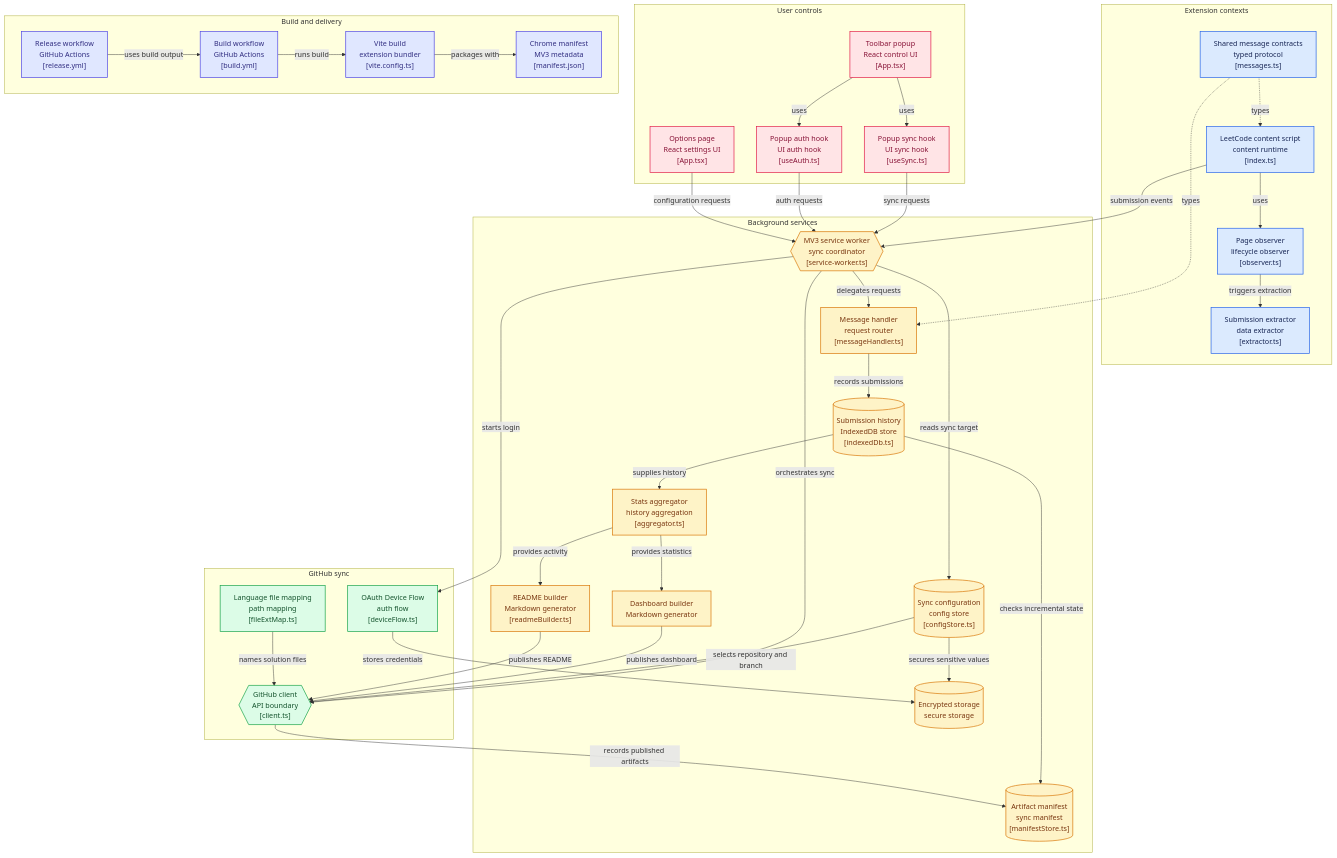
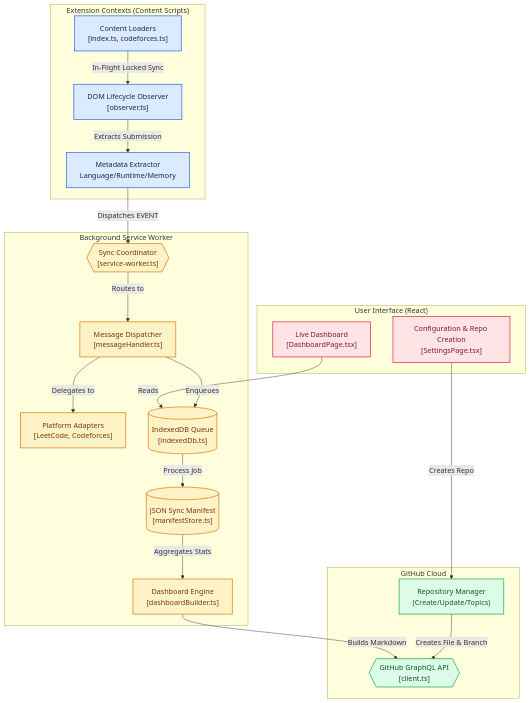
Before and after one commit to mr-sanjai-offl/AlgoVault: the diagram in README.md, drawn with Mermaid. The commit also changed other lines of this file and 4 other files, not shown here.

````diff
--- a/README.md
+++ b/README.md
@@ -40,85 +41,58 @@
 ```mermaid
 flowchart TD
 
-subgraph group_extension["Extension contexts"]
-  node_content["LeetCode content script<br/>content runtime<br/>[index.ts]"]
-  node_observer["Page observer<br/>lifecycle observer<br/>[observer.ts]"]
-  node_extractor["Submission extractor<br/>data extractor<br/>[extractor.ts]"]
-  node_message_contracts["Shared message contracts<br/>typed protocol<br/>[messages.ts]"]
+subgraph group_extension["Extension Contexts (Content Scripts)"]
+  node_content["Content Loaders<br/>[index.ts, codeforces.ts]"]
+  node_observer["DOM Lifecycle Observer<br/>[observer.ts]"]
+  node_extractor["Metadata Extractor<br/>Language/Runtime/Memory"]
 end
 
-subgraph group_background["Background services"]
-  node_service_worker{{"MV3 service worker<br/>sync coordinator<br/>[service-worker.ts]"}}
-  node_message_handler["Message handler<br/>request router<br/>[messageHandler.ts]"]
-  node_config_store[("Sync configuration<br/>config store<br/>[configStore.ts]")]
-  node_encrypted_storage[("Encrypted storage<br/>secure storage")]
-  node_history_db[("Submission history<br/>IndexedDB store<br/>[indexedDb.ts]")]
-  node_manifest_store[("Artifact manifest<br/>sync manifest<br/>[manifestStore.ts]")]
-  node_stats_aggregator["Stats aggregator<br/>history aggregation<br/>[aggregator.ts]"]
-  node_dashboard_builder["Dashboard builder<br/>Markdown generator"]
-  node_readme_builder["README builder<br/>Markdown generator<br/>[readmeBuilder.ts]"]
+subgraph group_background["Background Service Worker"]
+  node_service_worker{{"Sync Coordinator<br/>[service-worker.ts]"}}
+  node_message_handler["Message Dispatcher<br/>[messageHandler.ts]"]
+  node_platforms["Platform Adapters<br/>[LeetCode, Codeforces]"]
+  
+  node_history_db[("IndexedDB Queue<br/>[indexedDb.ts]")]
+  node_manifest_store[("JSON Sync Manifest<br/>[manifestStore.ts]")]
+  
+  node_dashboard_builder["Dashboard Engine<br/>[dashboardBuilder.ts]"]
 end
 
-subgraph group_github["GitHub sync"]
-  node_device_flow["OAuth Device Flow<br/>auth flow<br/>[deviceFlow.ts]"]
-  node_github_client{{"GitHub client<br/>API boundary<br/>[client.ts]"}}
-  node_file_extensions["Language file mapping<br/>path mapping<br/>[fileExtMap.ts]"]
+subgraph group_github["GitHub Cloud"]
+  node_github_client{{"GitHub GraphQL API<br/>[client.ts]"}}
+  node_repo_manager["Repository Manager<br/>(Create/Update/Topics)"]
 end
 
-subgraph group_ui["User controls"]
-  node_popup["Toolbar popup<br/>React control UI<br/>[App.tsx]"]
-  node_popup_sync["Popup sync hook<br/>UI sync hook<br/>[useSync.ts]"]
-  node_popup_auth["Popup auth hook<br/>UI auth hook<br/>[useAuth.ts]"]
-  node_options["Options page<br/>React settings UI<br/>[App.tsx]"]
+subgraph group_ui["User Interface (React)"]
+  node_popup["Live Dashboard<br/>[DashboardPage.tsx]"]
+  node_settings["Configuration & Repo Creation<br/>[SettingsPage.tsx]"]
 end
 
-subgraph group_delivery["Build and delivery"]
-  node_vite["Vite build<br/>extension bundler<br/>[vite.config.ts]"]
-  node_manifest["Chrome manifest<br/>MV3 metadata<br/>[manifest.json]"]
-  node_build_workflow["Build workflow<br/>GitHub Actions<br/>[build.yml]"]
-  node_release_workflow["Release workflow<br/>GitHub Actions<br/>[release.yml]"]
-end
+node_content -->|"In-Flight Locked Sync"| node_observer
+node_observer -->|"Extracts Submission"| node_extractor
+node_extractor -->|"Dispatches EVENT"| node_service_worker
 
-node_content -->|"uses"| node_observer
-node_observer -->|"triggers extraction"| node_extractor
-node_content -->|"submission events"| node_service_worker
-node_message_contracts -.->|"types"| node_content
-node_message_contracts -.->|"types"| node_message_handler
-node_service_worker -->|"delegates requests"| node_message_handler
-node_message_handler -->|"records submissions"| node_history_db
-node_service_worker -->|"reads sync target"| node_config_store
-node_config_store -->|"secures sensitive values"| node_encrypted_storage
-node_service_worker -->|"starts login"| node_device_flow
-node_device_flow -->|"stores credentials"| node_encrypted_storage
-node_service_worker -->|"orchestrates sync"| node_github_client
-node_config_store -->|"selects repository and branch"| node_github_client
-node_history_db -->|"checks incremental state"| node_manifest_store
-node_file_extensions -->|"names solution files"| node_github_client
-node_history_db -->|"supplies history"| node_stats_aggregator
-node_stats_aggregator -->|"provides statistics"| node_dashboard_builder
-node_stats_aggregator -->|"provides activity"| node_readme_builder
-node_dashboard_builder -->|"publishes dashboard"| node_github_client
-node_readme_builder -->|"publishes README"| node_github_client
-node_github_client -->|"records published artifacts"| node_manifest_store
-node_popup -->|"uses"| node_popup_sync
-node_popup -->|"uses"| node_popup_auth
-node_popup_sync -->|"sync requests"| node_service_worker
-node_popup_auth -->|"auth requests"| node_service_worker
-node_options -->|"configuration requests"| node_service_worker
-node_vite -->|"packages with"| node_manifest
-node_build_workflow -->|"runs build"| node_vite
-node_release_workflow -->|"uses build output"| node_build_workflow
+node_service_worker -->|"Routes to"| node_message_handler
+node_message_handler -->|"Delegates to"| node_platforms
+node_message_handler -->|"Enqueues"| node_history_db
+
+node_history_db -->|"Process Job"| node_manifest_store
+node_manifest_store -->|"Aggregates Stats"| node_dashboard_builder
+
+node_settings -->|"Creates Repo"| node_repo_manager
+node_repo_manager -->|"Creates File & Branch"| node_github_client
+node_dashboard_builder -->|"Builds Markdown"| node_github_client
+
+node_popup -->|"Reads"| node_history_db
 
 classDef toneNeutral fill:#f8fafc,stroke:#334155,stroke-width:1.5px,color:#0f172a
 classDef toneBlue fill:#dbeafe,stroke:#2563eb,stroke-width:1.5px,color:#172554
 classDef toneAmber fill:#fef3c7,stroke:#d97706,stroke-width:1.5px,color:#78350f
 classDef toneMint fill:#dcfce7,stroke:#16a34a,stroke-width:1.5px,color:#14532d
 classDef toneRose fill:#ffe4e6,stroke:#e11d48,stroke-width:1.5px,color:#881337
-classDef toneIndigo fill:#e0e7ff,stroke:#4f46e5,stroke-width:1.5px,color:#312e81
-classDef toneTeal fill:#ccfbf1,stroke:#0f766e,stroke-width:1.5px,color:#134e4a
-class node_content,node_observer,node_extractor,node_message_contracts toneBlue
-class node_service_worker,node_message_handler,node_config_store,node_encrypted_storage,node_history_db,node_manifest_store,node_stats_aggregator,node_dashboard_builder,node_readme_builder toneAmber
-class node_device_flow,node_github_client,node_file_extensions toneMint
-class node_popup,node_popup_sync,node_popup_auth,node_options toneRose
-class node_vite,node_manifest,node_build_workflow,node_release_workflow toneIndigo
+
+class node_content,node_observer,node_extractor toneBlue
+class node_service_worker,node_message_handler,node_platforms,node_history_db,node_manifest_store,node_dashboard_builder toneAmber
+class node_github_client,node_repo_manager toneMint
+class node_popup,node_settings toneRose
 ```
````
